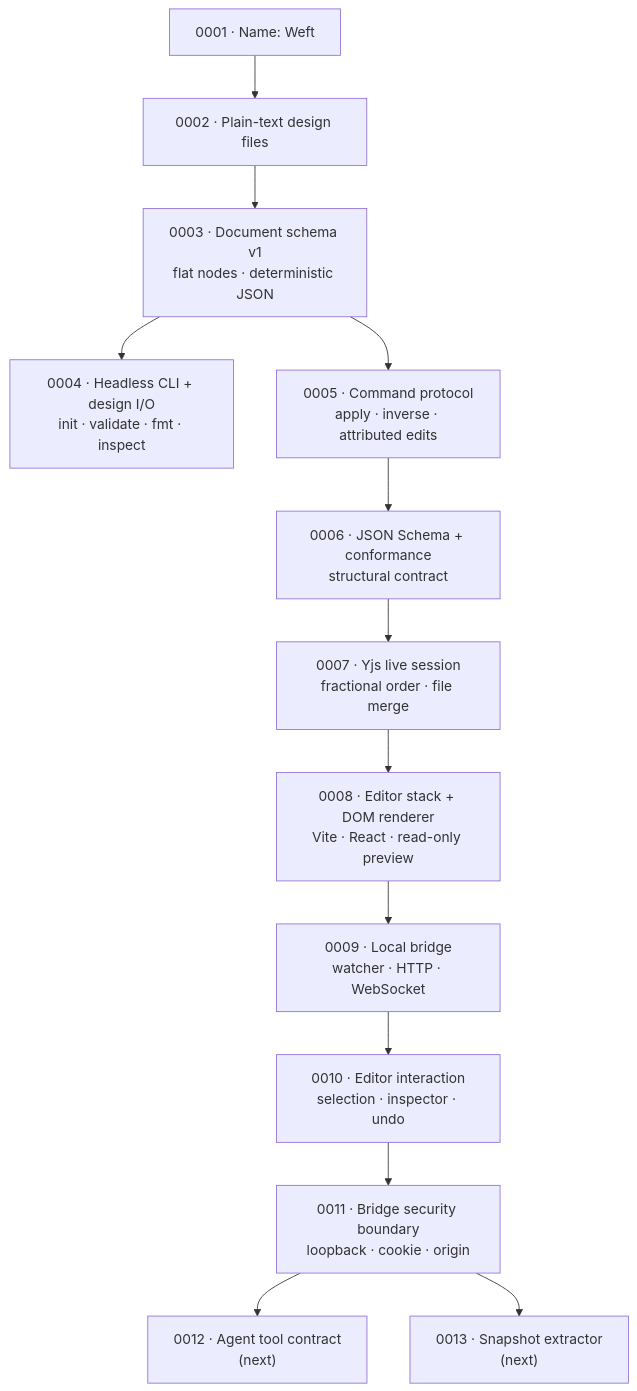
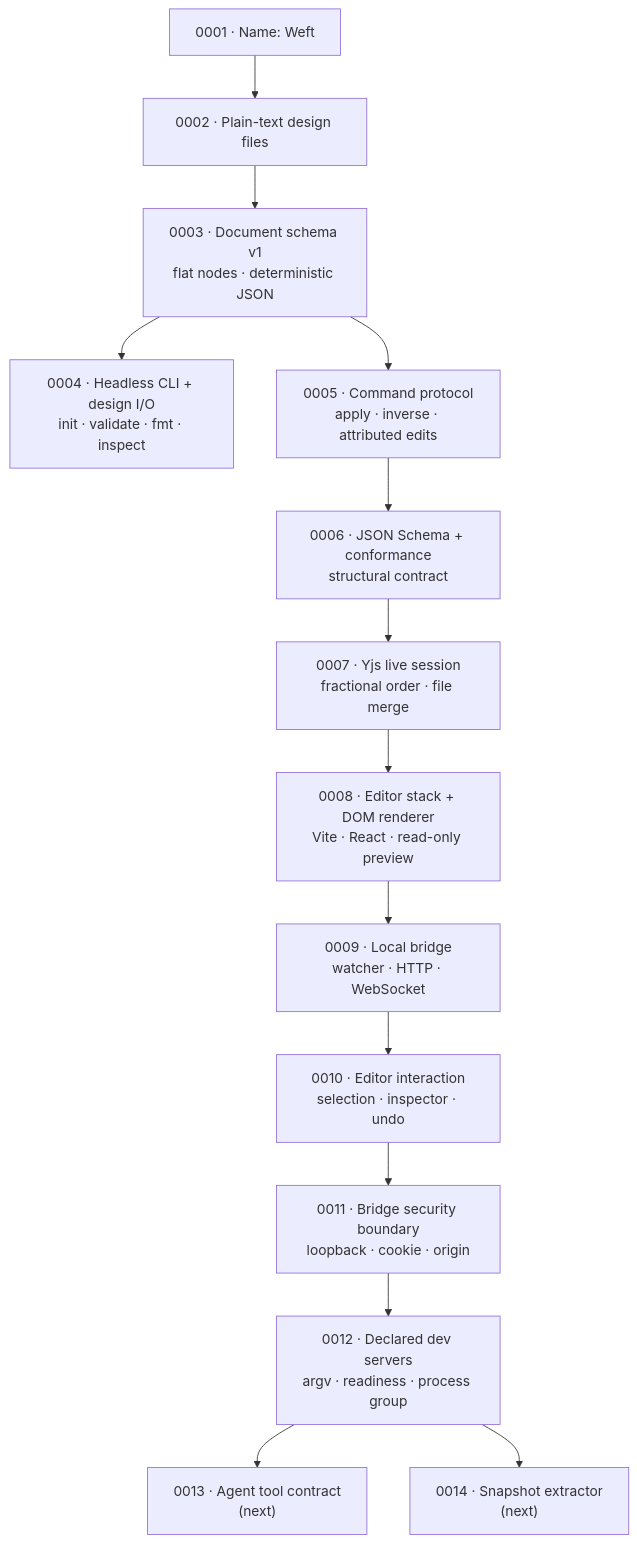
Before and after one commit to Pranesh-Selvaraj/Weft: the diagram in docs/decisions/README.md, drawn with Mermaid. The commit also changed other lines of this file and 34 other files, not shown here.

First line of the commit message:
feat(workspace): supervise declared project dev servers (#11)

````diff
--- a/docs/decisions/README.md
+++ b/docs/decisions/README.md
@@ -34,15 +35,16 @@
 ```mermaid
 graph TD
     A["0001 · Name: Weft"] --> B["0002 · Plain-text design files"]
     B --> C["0003 · Document schema v1<br/>flat nodes · deterministic JSON"]
     C --> D["0004 · Headless CLI + design I/O<br/>init · validate · fmt · inspect"]
     C --> E["0005 · Command protocol<br/>apply · inverse · attributed edits"]
     E --> F["0006 · JSON Schema + conformance<br/>structural contract"]
     F --> G["0007 · Yjs live session<br/>fractional order · file merge"]
     G --> H["0008 · Editor stack + DOM renderer<br/>Vite · React · read-only preview"]
     H --> I["0009 · Local bridge<br/>watcher · HTTP · WebSocket"]
     I --> J["0010 · Editor interaction<br/>selection · inspector · undo"]
     J --> K["0011 · Bridge security boundary<br/>loopback · cookie · origin"]
-    K --> L["0012 · Agent tool contract<br/>(next)"]
-    K --> M["0013 · Snapshot extractor<br/>(next)"]
+    K --> L["0012 · Declared dev servers<br/>argv · readiness · process group"]
+    L --> M["0013 · Agent tool contract<br/>(next)"]
+    L --> N["0014 · Snapshot extractor<br/>(next)"]
 ```
````
